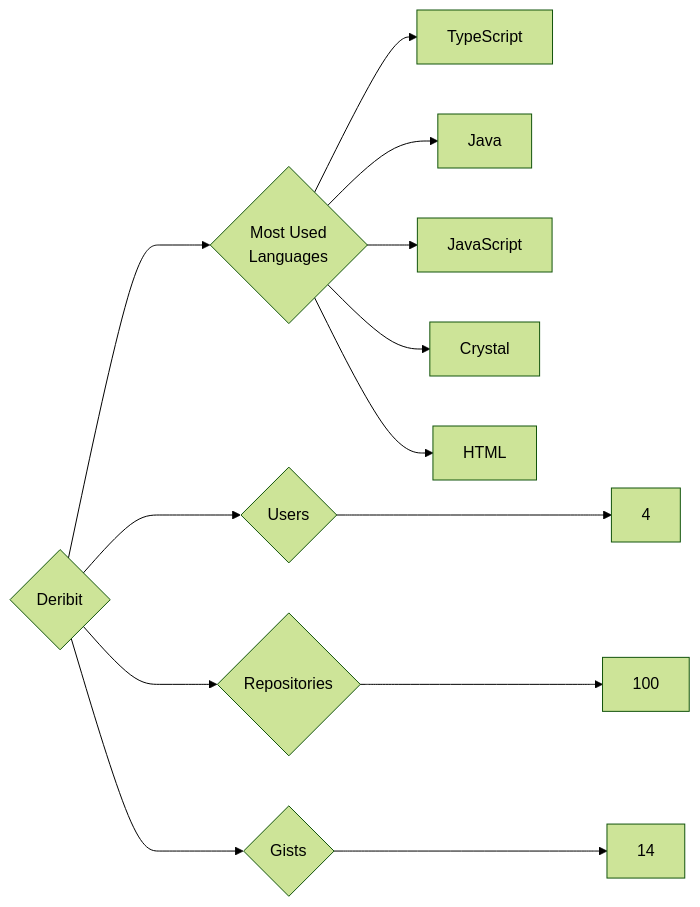
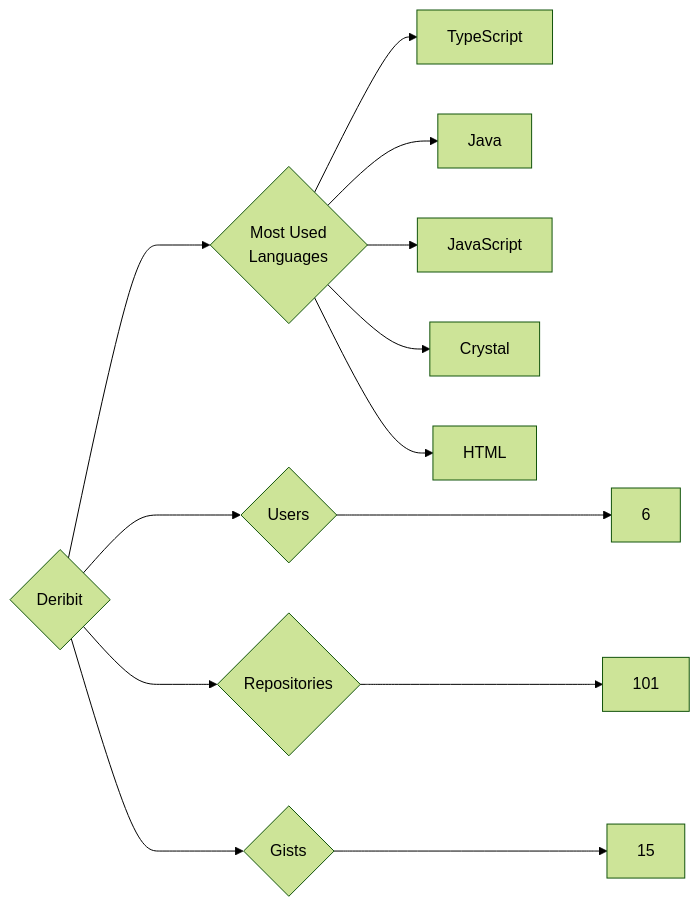
The diagram in targets/Deribit/README.md (trickest/insiders), drawn with Mermaid (forest theme) before and after one commit. The commit also changed 693 other files, not shown here.

````diff
--- a/targets/Deribit/README.md
+++ b/targets/Deribit/README.md
@@ -3,13 +3,13 @@
 ```mermaid
 graph LR
 COMPANY_NAME{Deribit}
-COMPANY_NAME ---> U{Users} ---> UN[4]
-COMPANY_NAME ---> R{Repositories} ---> RN[100]
-COMPANY_NAME ---> G{Gists} ---> GN[14]
+COMPANY_NAME ---> U{Users} ---> UN[6]
+COMPANY_NAME ---> R{Repositories} ---> RN[101]
+COMPANY_NAME ---> G{Gists} ---> GN[15]
 COMPANY_NAME ---> ML{Most Used<br>Languages}
 ML --> TypeScript[TypeScript]
 ML --> Java[Java]
 ML --> JavaScript[JavaScript]
 ML --> Crystal[Crystal]
 ML --> HTML[HTML]
 ```
````
